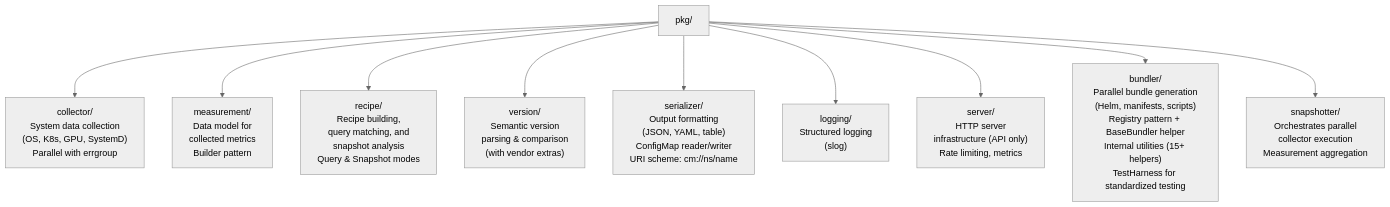
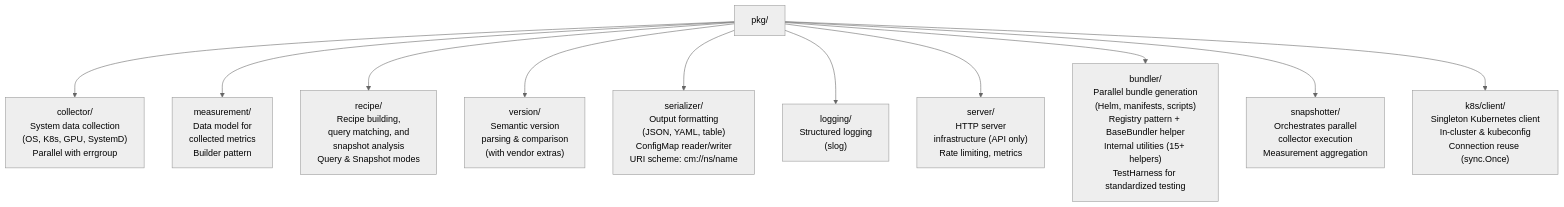
The fifth of 13 diagrams in docs/architecture/README.md (dims/cloud-native-stack), drawn with Mermaid (neutral theme) before and after one commit. The commit also changed other lines of this file and 9 other files, not shown here.

````diff
--- a/docs/architecture/README.md
+++ b/docs/architecture/README.md
@@ -214,22 +235,24 @@
 ```mermaid
 flowchart TD
     PKG["pkg/"] --> COLL
     PKG --> MEAS
     PKG --> REC
     PKG --> VER
     PKG --> SER
     PKG --> LOG
     PKG --> SVR
     PKG --> BUN
     PKG --> SNAP
+    PKG --> K8SCLI
     
     COLL["collector/<br/>System data collection<br/>(OS, K8s, GPU, SystemD)<br/>Parallel with errgroup"]
     MEAS["measurement/<br/>Data model for<br/>collected metrics<br/>Builder pattern"]
     REC["recipe/<br/>Recipe building,<br/>query matching, and<br/>snapshot analysis<br/>Query & Snapshot modes"]
     VER["version/<br/>Semantic version<br/>parsing & comparison<br/>(with vendor extras)"]
     SER["serializer/<br/>Output formatting<br/>(JSON, YAML, table)<br/>ConfigMap reader/writer<br/>URI scheme: cm://ns/name"]
     LOG["logging/<br/>Structured logging<br/>(slog)"]
     SVR["server/<br/>HTTP server<br/>infrastructure (API only)<br/>Rate limiting, metrics"]
     BUN["bundler/<br/>Parallel bundle generation<br/>(Helm, manifests, scripts)<br/>Registry pattern + BaseBundler helper<br/>Internal utilities (15+ helpers)<br/>TestHarness for standardized testing"]
     SNAP["snapshotter/<br/>Orchestrates parallel<br/>collector execution<br/>Measurement aggregation"]
+    K8SCLI["k8s/client/<br/>Singleton Kubernetes client<br/>In-cluster & kubeconfig<br/>Connection reuse (sync.Once)"]
 ```
````
